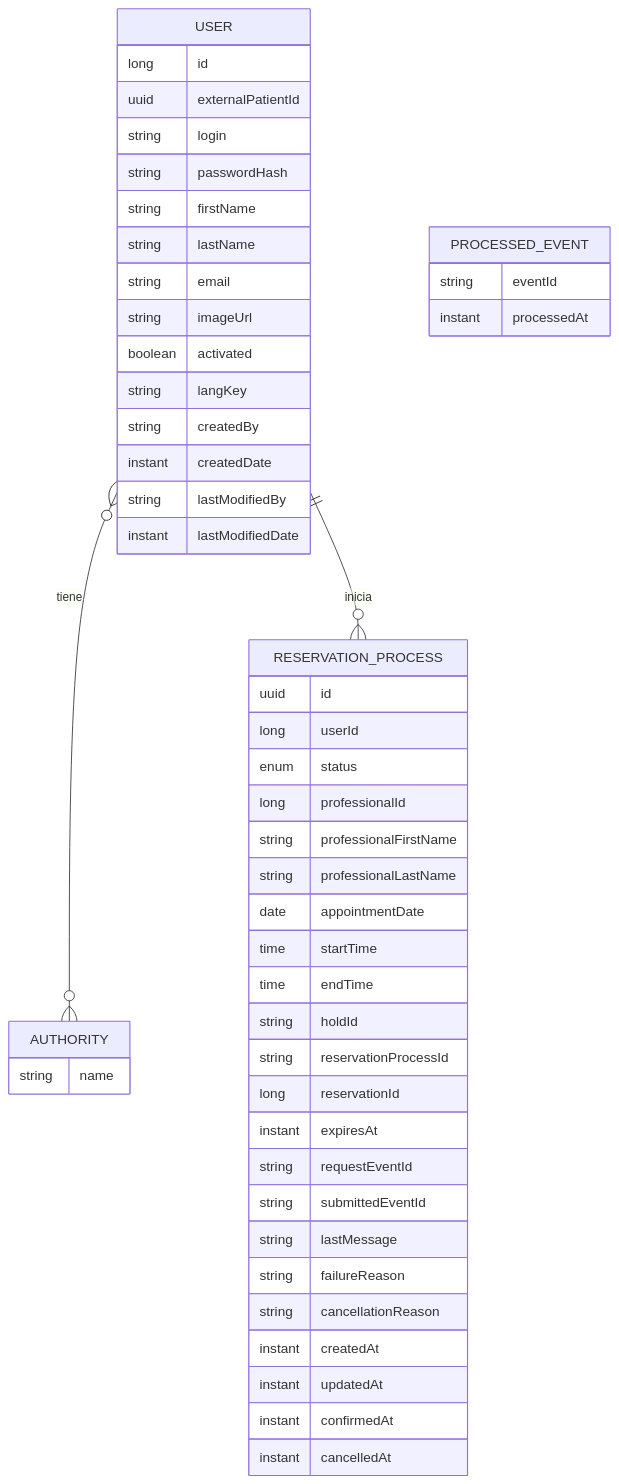
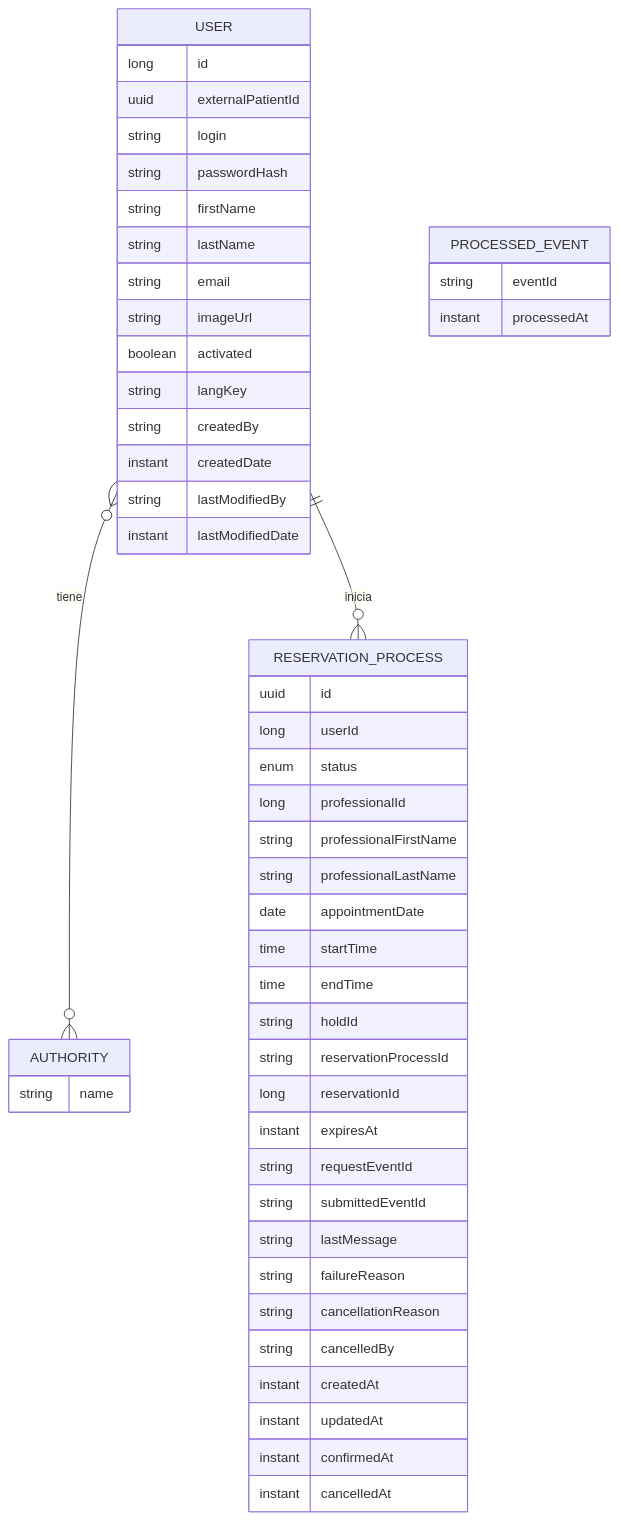
Before and after one commit to Martin-Salvatore-ProgII/docs: the second of 2 diagrams in arq/modelo-db.md, drawn with Mermaid. The commit also changed other lines of this file and 9 other files, not shown here.

````diff
--- a/arq/modelo-db.md
+++ b/arq/modelo-db.md
@@ -71,53 +71,54 @@
 ```mermaid
 erDiagram
     USER }o--o{ AUTHORITY : tiene
     USER ||--o{ RESERVATION_PROCESS : inicia
 
     USER {
         long id
         uuid externalPatientId
         string login
         string passwordHash
         string firstName
         string lastName
         string email
         string imageUrl
         boolean activated
         string langKey
         string createdBy
         instant createdDate
         string lastModifiedBy
         instant lastModifiedDate
     }
     AUTHORITY {
         string name
     }
     RESERVATION_PROCESS {
         uuid id
         long userId
         enum status
         long professionalId
         string professionalFirstName
         string professionalLastName
         date appointmentDate
         time startTime
         time endTime
         string holdId
         string reservationProcessId
         long reservationId
         instant expiresAt
         string requestEventId
         string submittedEventId
         string lastMessage
         string failureReason
         string cancellationReason
+        string cancelledBy
         instant createdAt
         instant updatedAt
         instant confirmedAt
         instant cancelledAt
     }
     PROCESSED_EVENT {
         string eventId
         instant processedAt
     }
 ```
````
